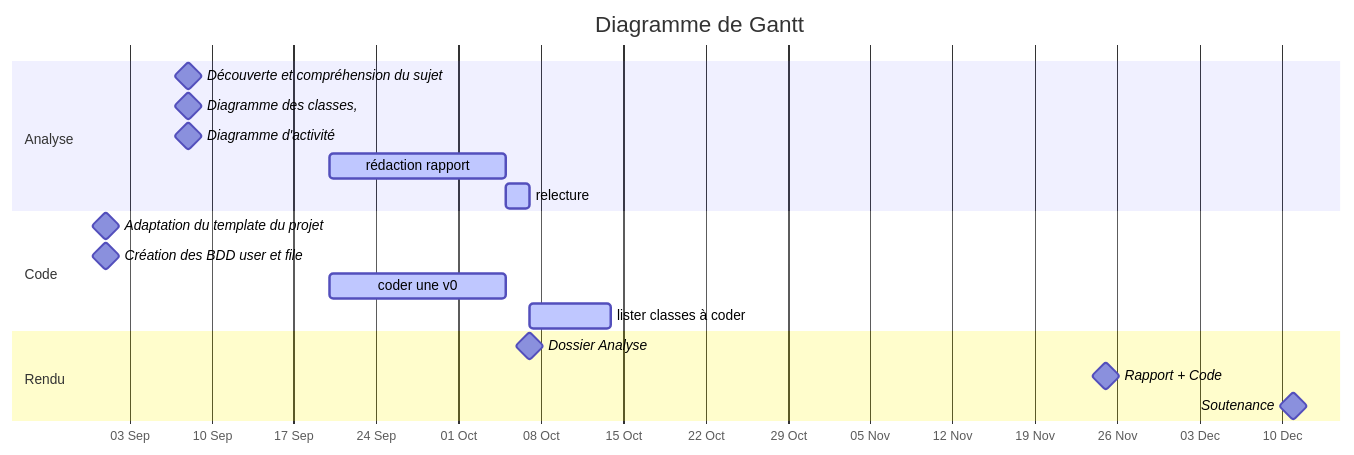
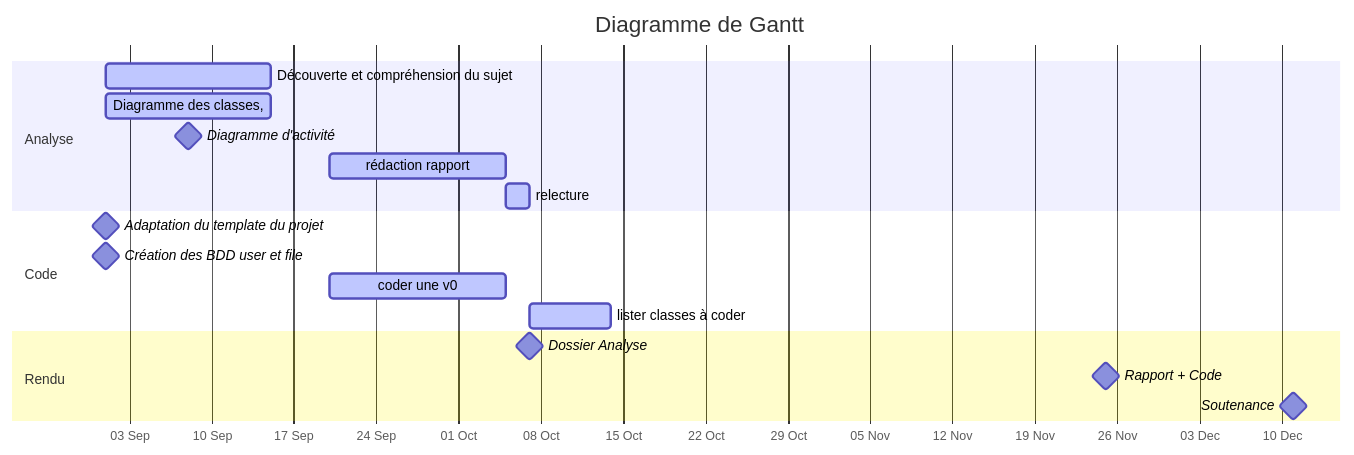
The diagram in doc/gantt_diagram.md (galahade-ncl/ensai-it-project-2a-team34), drawn with Mermaid before and after one commit. The commit also changed other lines of this file, not shown here.

Commit message:
fix : modification du diagramme (défaut d'affichage)

````diff
--- a/doc/gantt_diagram.md
+++ b/doc/gantt_diagram.md
@@ -16,30 +16,30 @@
 ```mermaid
 gantt
     %% doc : https://mermaid-js.github.io/mermaid/#/./gantt
     dateFormat  YYYY-MM-DD
     axisFormat  %d %b
     title       Diagramme de Gantt
     %%excludes  YYYY-MM-DD and/or sunday and/or weekends 
      
     section Analyse
-    Découverte et compréhension du sujet        :milestone, 2023-09-01, 14d
-    Diagramme des classes,                      :milestone, 2023-09-01, 14d
+    Découverte et compréhension du sujet        :active, 2023-09-01, 14d
+    Diagramme des classes,                      :active, 2023-09-01, 14d
     Diagramme d'activité                        :milestone, 2023-09-08,
     rédaction rapport                           :active,    2023-09-20, 2023-10-05
     relecture                                   :active,    2023-10-05, 2023-10-07
 
 
     section Code
     Adaptation du template du projet            :milestone, 2023-09-01, 
     Création des BDD user et file               :milestone, 2023-09-01, 
     coder une v0                                :active,    2023-09-20, 15d
     lister classes à coder                      :active,    2023-10-07, 7d
     
     section Rendu
     Dossier Analyse              :milestone, 2023-10-07,
     Rapport + Code               :milestone, 2023-11-25,
     Soutenance                   :milestone, 2023-12-11,
     
 
     %%Stats univariées retraités   :done,         2021-11-28, 3d
 ```
````
